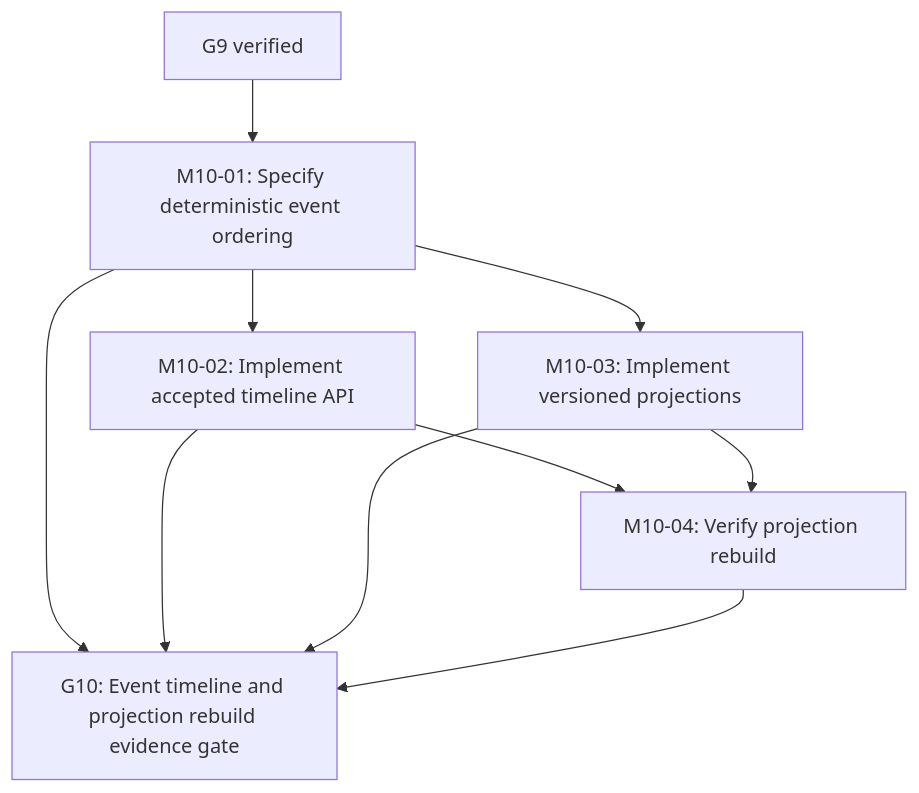
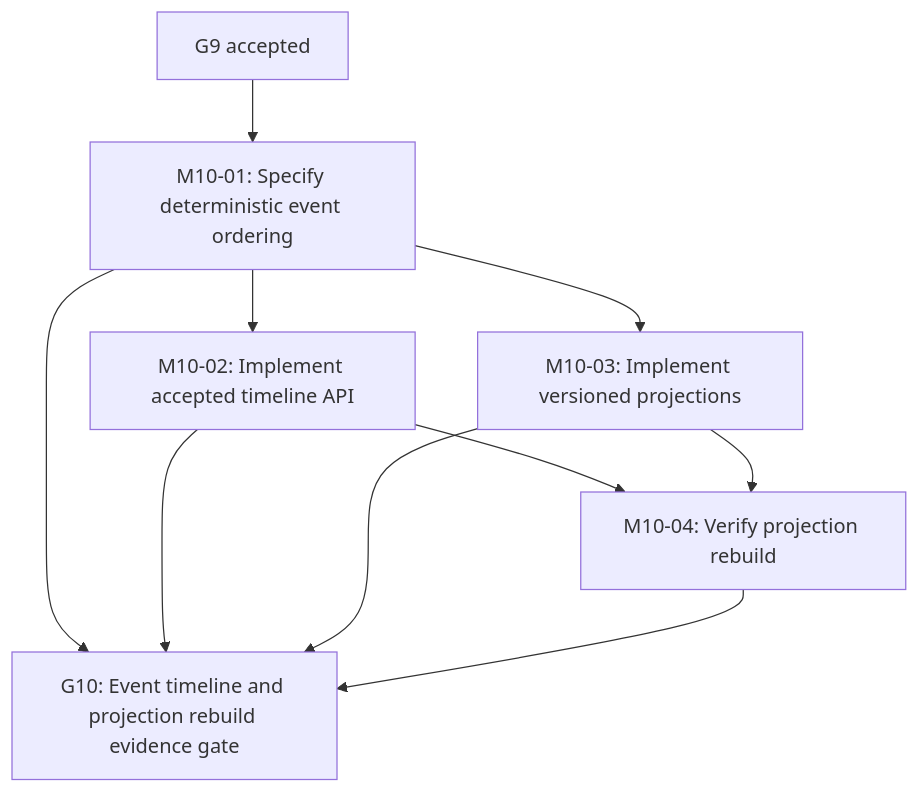
Before and after one commit to ekamal22/HarborOps-Enterprise-Maritime-Logistics-IT-Operations-Platform: diagram 18 of 32 in docs/EXECUTION_GRAPH.md, drawn with Mermaid. The commit also changed other lines of this file and 2 other files, not shown here.

````diff
--- a/docs/EXECUTION_GRAPH.md
+++ b/docs/EXECUTION_GRAPH.md
@@ -477,18 +576,18 @@
 ```mermaid
 flowchart TD
   M10_01["M10-01: Specify deterministic event ordering"]
   M10_02["M10-02: Implement accepted timeline API"]
   M10_03["M10-03: Implement versioned projections"]
   M10_04["M10-04: Verify projection rebuild"]
   G10["G10: Event timeline and projection rebuild evidence gate"]
-  G9["G9 verified"]
+  G9["G9 accepted"]
   G9 --> M10_01
   M10_01 --> M10_02
   M10_01 --> M10_03
   M10_02 --> M10_04
   M10_03 --> M10_04
   M10_01 --> G10
   M10_02 --> G10
   M10_03 --> G10
   M10_04 --> G10
 ```
````
